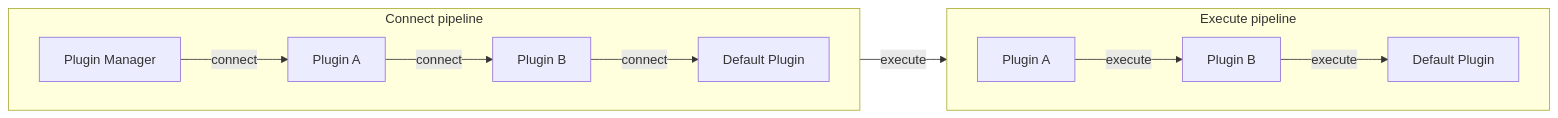
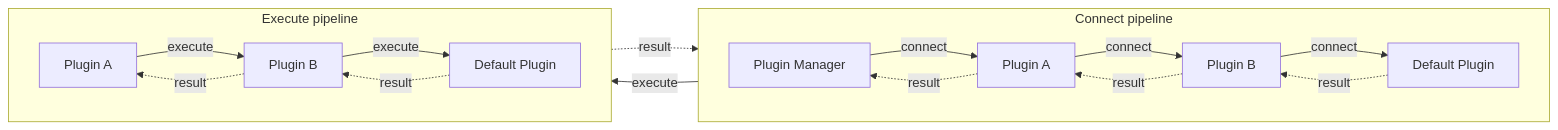
The diagram in site/docs-ruby/development-guide/pipelines.md (aws/aws-advanced-wrapper-docs), drawn with Mermaid before and after one commit. The commit also changed other lines of this file and 25 other files, not shown here.

````diff
--- a/site/docs-ruby/development-guide/pipelines.md
+++ b/site/docs-ruby/development-guide/pipelines.md
@@ -11,20 +11,26 @@
 ```mermaid
 flowchart LR
   pm["Plugin Manager"]
 
   subgraph connect["Connect pipeline"]
     direction LR
     pm -->|"connect"| c0
     c0["Plugin A"] -->|"connect"| c1
     c1["Plugin B"] -->|"connect"| c2
     c2["Default Plugin"]
+    c2 -.->|result| c1
+    c1 -.->|result| c0
+    c0 -.->|result| pm
   end
 
   subgraph execute["Execute pipeline"]
     direction LR
     pm -->|"execute"| e0
     e0["Plugin A"] -->|"execute"| e1
     e1["Plugin B"] -->|"execute"| e2
     e2["Default Plugin"]
+    e2 -.->|result| e1
+    e1 -.->|result| e0
+    e0 -.->|result| pm
   end
 ```
````
